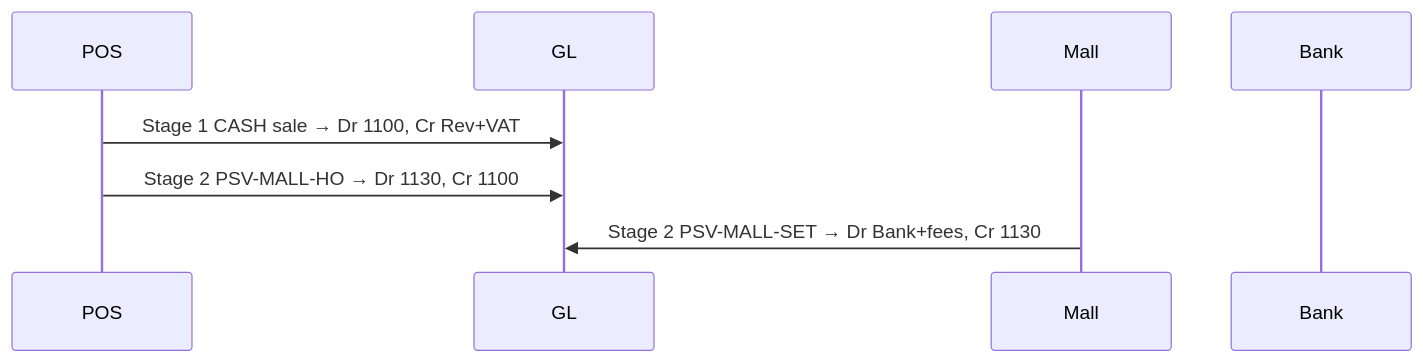
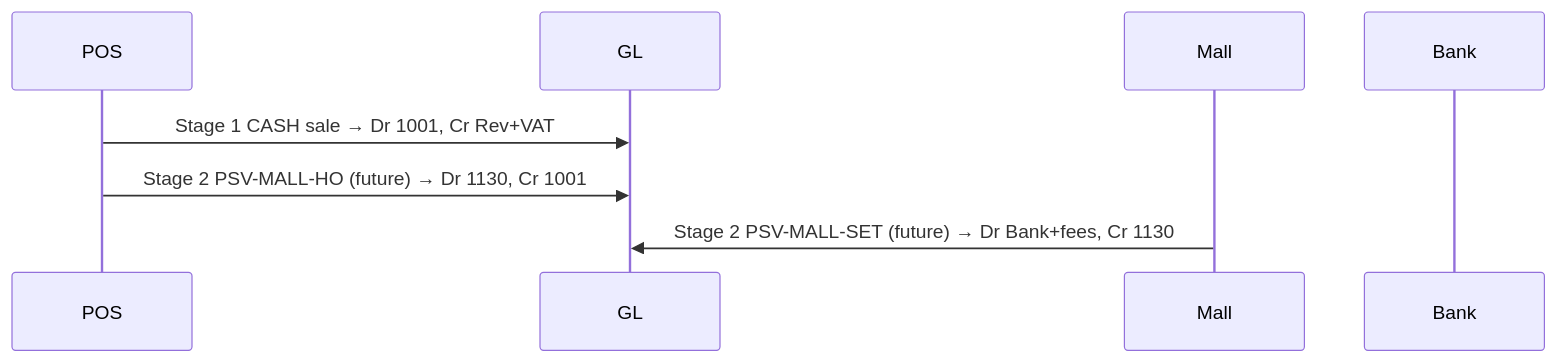
Before and after one commit to thkiti/asa-con-v0: the third of 3 diagrams in docs/40_POS_TWO_STAGE_PAYMENT_SETTLEMENT.md, drawn with Mermaid. The commit also changed other lines of this file, not shown here.

Commit message:
docs: update POS two-stage payment settlement status

````diff
--- a/docs/40_POS_TWO_STAGE_PAYMENT_SETTLEMENT.md
+++ b/docs/40_POS_TWO_STAGE_PAYMENT_SETTLEMENT.md
@@ -336,11 +396,11 @@
 ```mermaid
 sequenceDiagram
   participant POS
   participant GL
   participant Mall
   participant Bank
 
-  POS->>GL: Stage 1 CASH sale → Dr 1100, Cr Rev+VAT
-  POS->>GL: Stage 2 PSV-MALL-HO → Dr 1130, Cr 1100
-  Mall->>GL: Stage 2 PSV-MALL-SET → Dr Bank+fees, Cr 1130
+  POS->>GL: Stage 1 CASH sale → Dr 1001, Cr Rev+VAT
+  POS->>GL: Stage 2 PSV-MALL-HO (future) → Dr 1130, Cr 1001
+  Mall->>GL: Stage 2 PSV-MALL-SET (future) → Dr Bank+fees, Cr 1130
 ```
````
